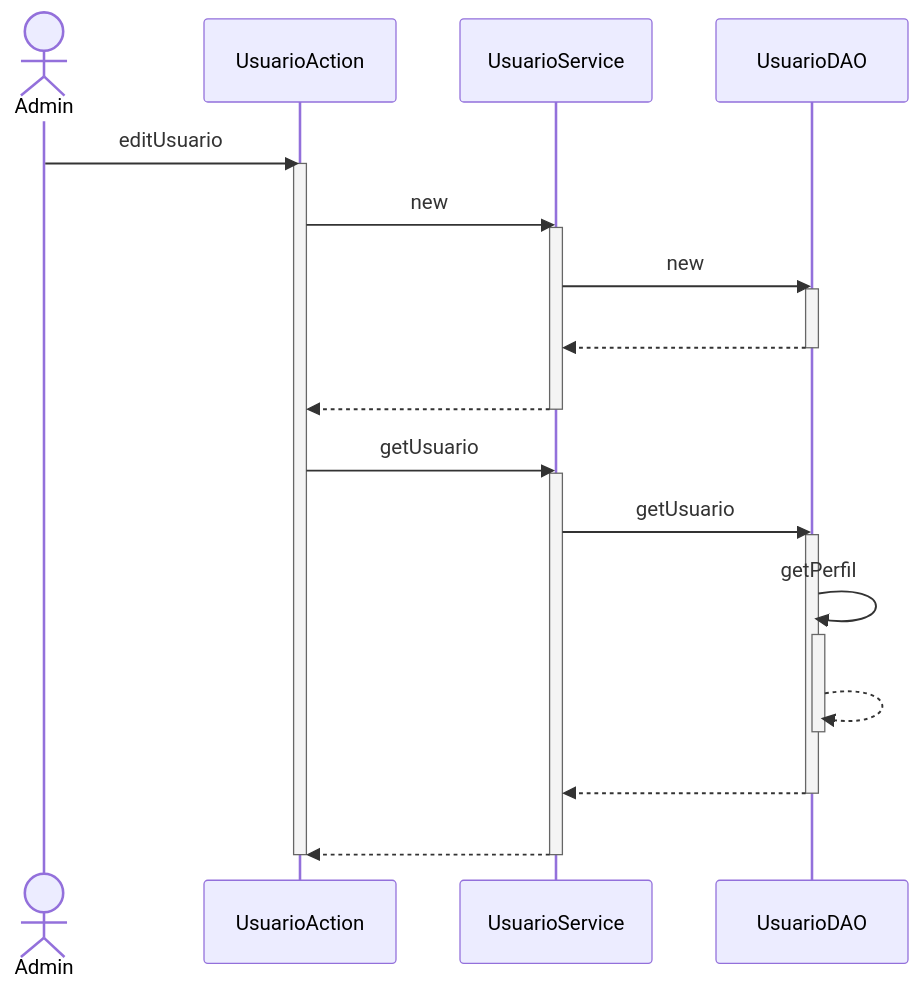
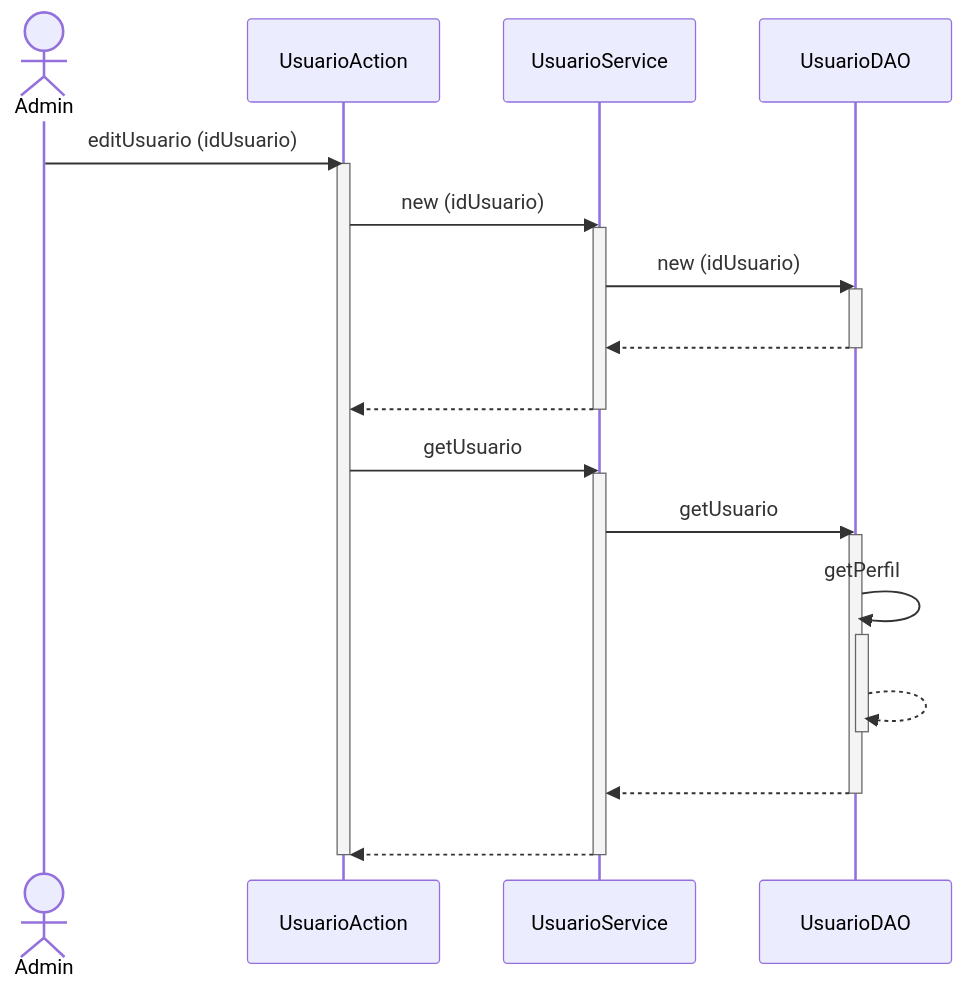
The diagram in DiagramaSequencia/Novo Diagrama Sequencia/Usuario/Edit Usuario.mmd (branqsMRP/SequenceDiagram), drawn with Mermaid before and after one commit.

Commit message:
Commit 3.8

```diff
--- a/DiagramaSequencia/Novo Diagrama Sequencia/Usuario/Edit Usuario.mmd
+++ b/DiagramaSequencia/Novo Diagrama Sequencia/Usuario/Edit Usuario.mmd
@@ -1,25 +1,25 @@
 sequenceDiagram
 actor A as Admin
-A ->> UsuarioAction : editUsuario
+A ->> UsuarioAction : editUsuario (idUsuario)
 activate UsuarioAction
-UsuarioAction ->> UsuarioService : new
+UsuarioAction ->> UsuarioService : new (idUsuario)
 activate UsuarioService
-UsuarioService ->> UsuarioDAO : new
+UsuarioService ->> UsuarioDAO : new (idUsuario)
 activate UsuarioDAO
 UsuarioDAO -->> UsuarioService : #32; 
 deactivate UsuarioDAO
 UsuarioService -->> UsuarioAction : #32; 
 deactivate UsuarioService
 UsuarioAction ->> UsuarioService : getUsuario
 activate UsuarioService
 UsuarioService ->> UsuarioDAO : getUsuario
 activate UsuarioDAO
 UsuarioDAO ->> UsuarioDAO : getPerfil
 activate UsuarioDAO
 UsuarioDAO -->> UsuarioDAO : #32; 
 deactivate UsuarioDAO
 UsuarioDAO -->> UsuarioService : #32; 
 deactivate UsuarioDAO
 UsuarioService -->> UsuarioAction : #32; 
 deactivate UsuarioService
 deactivate UsuarioAction
```
